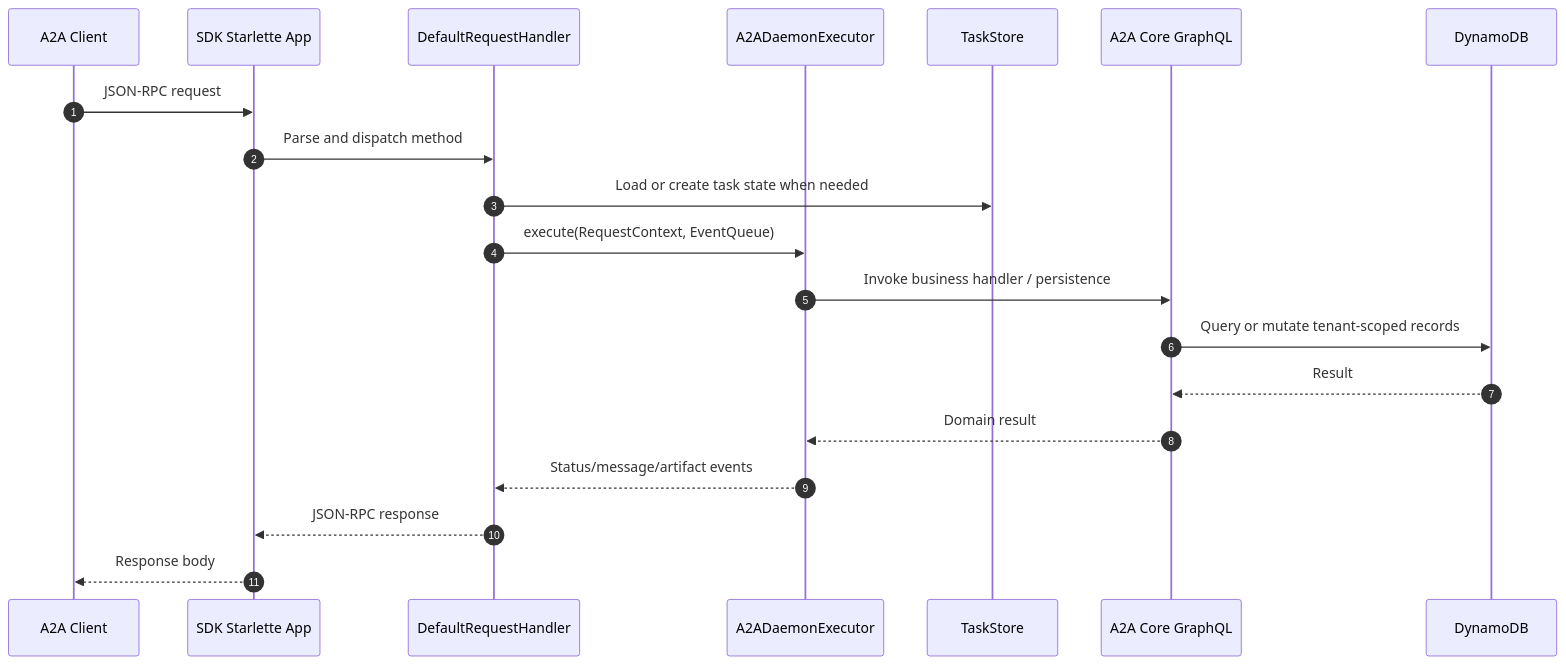
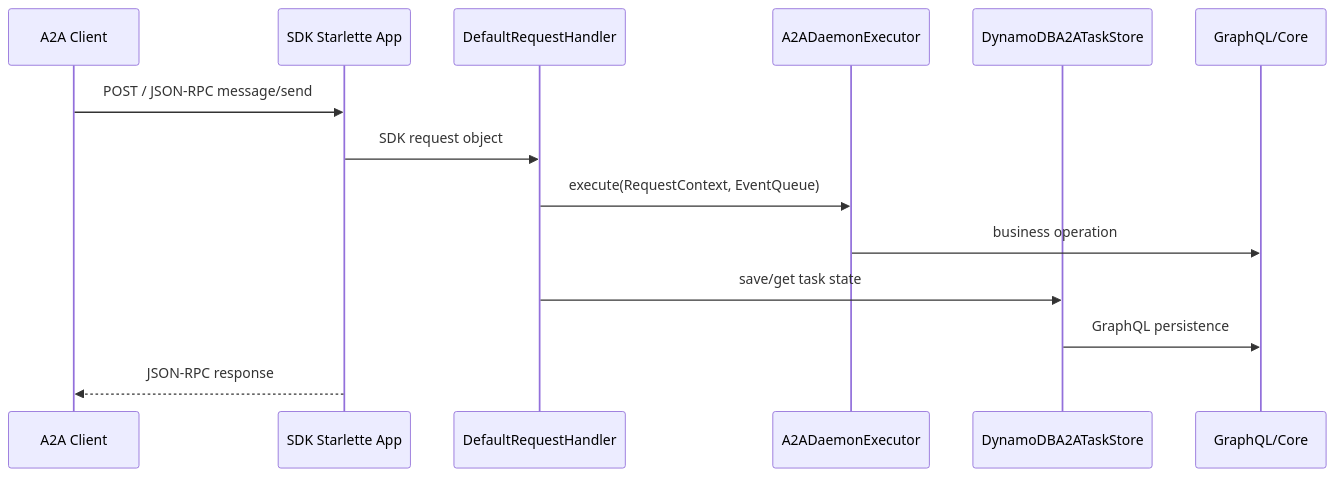
The diagram in docs/A2A_ARCHITECTURE.md (ideabosque/a2a_daemon_engine), drawn with Mermaid before and after one commit. The commit also changed other lines of this file and 26 other files, not shown here.

````diff
--- a/docs/A2A_ARCHITECTURE.md
+++ b/docs/A2A_ARCHITECTURE.md
@@ -75,23 +42,17 @@
 ```mermaid
 sequenceDiagram
-    autonumber
     participant C as A2A Client
-    participant App as SDK Starlette App
+    participant SDK as SDK Starlette App
     participant RH as DefaultRequestHandler
     participant EX as A2ADaemonExecutor
-    participant TS as TaskStore
-    participant GQL as A2A Core GraphQL
-    participant DB as DynamoDB
+    participant TS as DynamoDBA2ATaskStore
+    participant Core as GraphQL/Core
 
-    C->>App: JSON-RPC request
-    App->>RH: Parse and dispatch method
-    RH->>TS: Load or create task state when needed
+    C->>SDK: POST / JSON-RPC message/send
+    SDK->>RH: SDK request object
     RH->>EX: execute(RequestContext, EventQueue)
-    EX->>GQL: Invoke business handler / persistence
-    GQL->>DB: Query or mutate tenant-scoped records
-    DB-->>GQL: Result
-    GQL-->>EX: Domain result
-    EX-->>RH: Status/message/artifact events
-    RH-->>App: JSON-RPC response
-    App-->>C: Response body
+    EX->>Core: business operation
+    RH->>TS: save/get task state
+    TS->>Core: GraphQL persistence
+    SDK-->>C: JSON-RPC response
 ```
````
